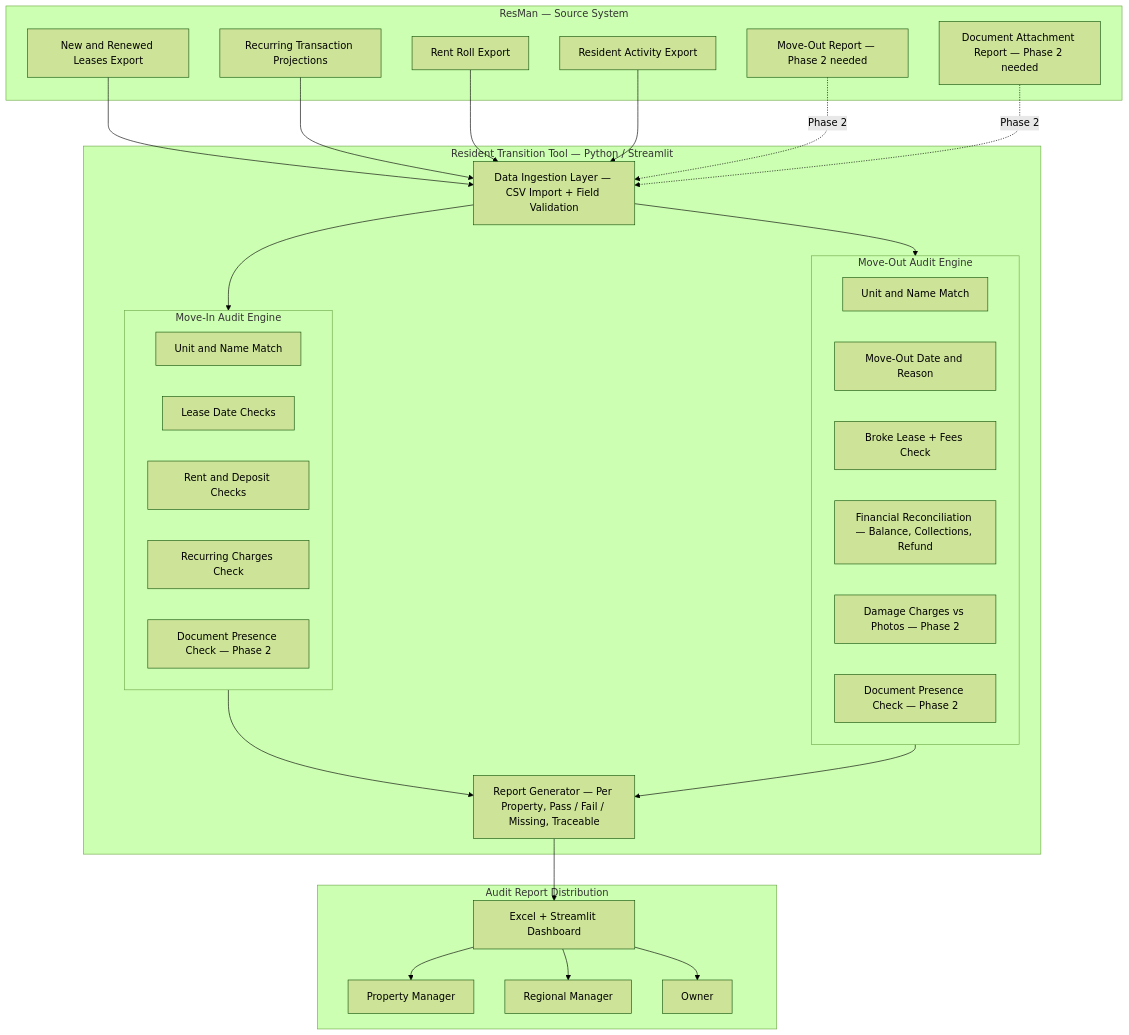
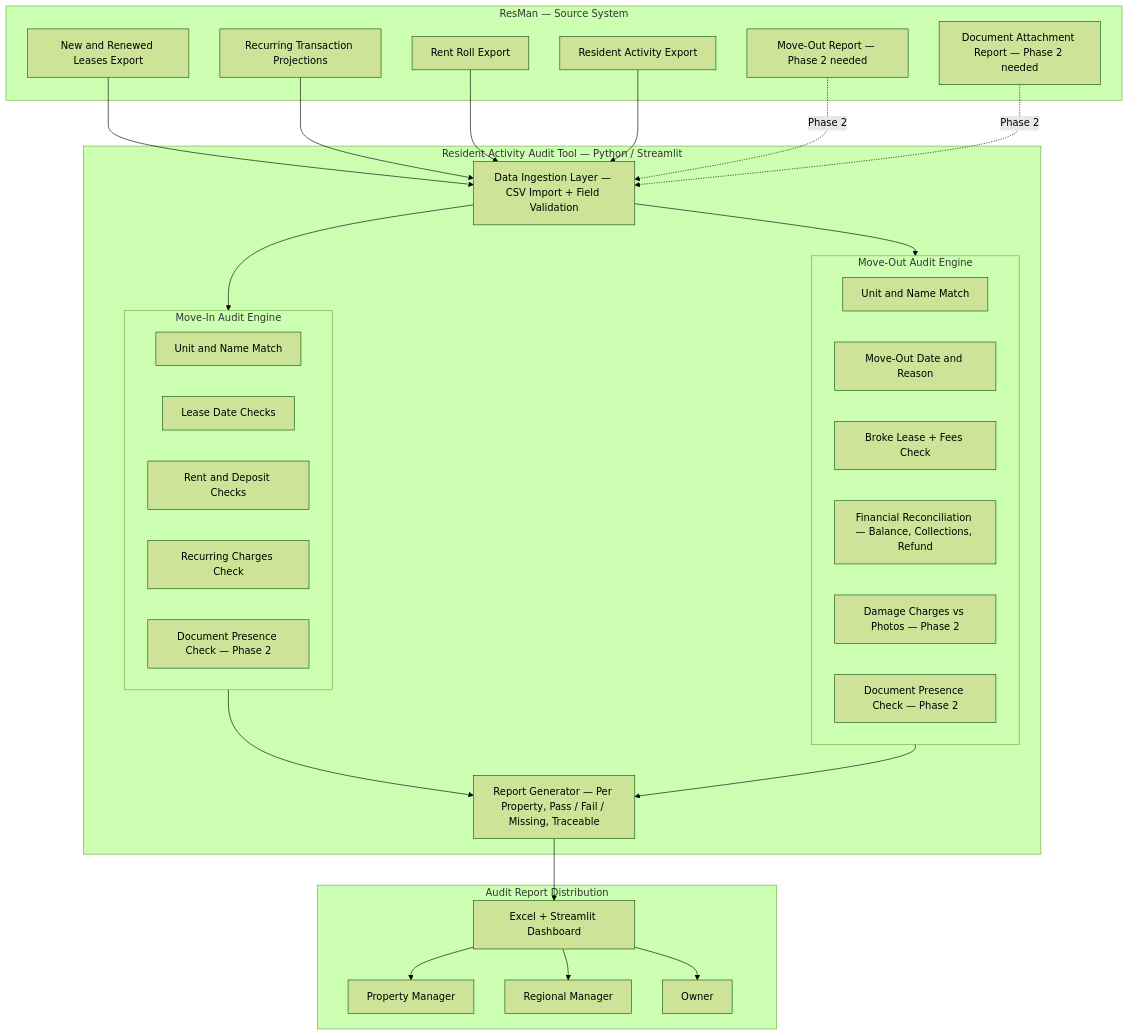
Before and after one commit to LiveNJoy-Residential/LNJ-Tools: the diagram in resident_transition/docs/architecture-diagram.md, drawn with Mermaid (forest theme). The commit also changed other lines of this file and 4 other files, not shown here.

Commit message:
Rename: Resident Transition Tool -> Resident Activity Audit Tool

````diff
--- a/resident_transition/docs/architecture-diagram.md
+++ b/resident_transition/docs/architecture-diagram.md
@@ -9,56 +9,56 @@
 ```mermaid
 flowchart TD
     subgraph ResMan["ResMan — Source System"]
         R1["New and Renewed Leases Export"]
         R2["Recurring Transaction Projections"]
         R3["Rent Roll Export"]
         R4["Resident Activity Export"]
         R5["Move-Out Report — Phase 2 needed"]
         R6["Document Attachment Report — Phase 2 needed"]
     end
 
-    subgraph Tool["Resident Transition Tool — Python / Streamlit"]
+    subgraph Tool["Resident Activity Audit Tool — Python / Streamlit"]
         I["Data Ingestion Layer — CSV Import + Field Validation"]
 
         subgraph MoveIn["Move-In Audit Engine"]
             MI1["Unit and Name Match"]
             MI2["Lease Date Checks"]
             MI3["Rent and Deposit Checks"]
             MI4["Recurring Charges Check"]
             MI5["Document Presence Check — Phase 2"]
         end
 
         subgraph MoveOut["Move-Out Audit Engine"]
             MO1["Unit and Name Match"]
             MO2["Move-Out Date and Reason"]
             MO3["Broke Lease + Fees Check"]
             MO4["Financial Reconciliation — Balance, Collections, Refund"]
             MO5["Damage Charges vs Photos — Phase 2"]
             MO6["Document Presence Check — Phase 2"]
         end
 
         RPT["Report Generator — Per Property, Pass / Fail / Missing, Traceable"]
     end
 
     subgraph Output["Audit Report Distribution"]
         PM["Property Manager"]
         RM["Regional Manager"]
         OWN["Owner"]
         XLS["Excel + Streamlit Dashboard"]
     end
 
     R1 --> I
     R2 --> I
     R3 --> I
     R4 --> I
     R5 -.->|Phase 2| I
     R6 -.->|Phase 2| I
     I --> MoveIn
     I --> MoveOut
     MoveIn --> RPT
     MoveOut --> RPT
     RPT --> XLS
     XLS --> PM
     XLS --> RM
     XLS --> OWN
 ```
````
